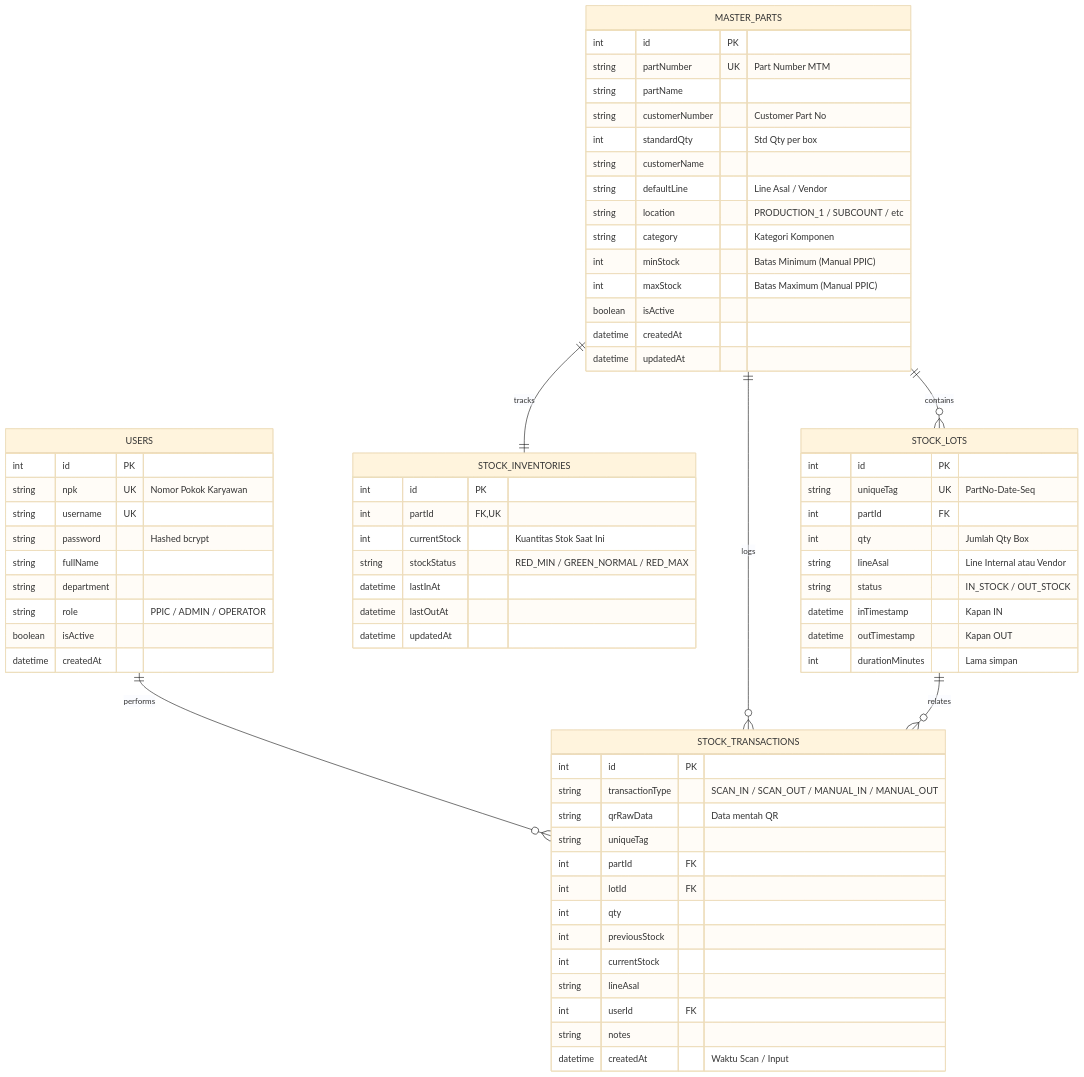
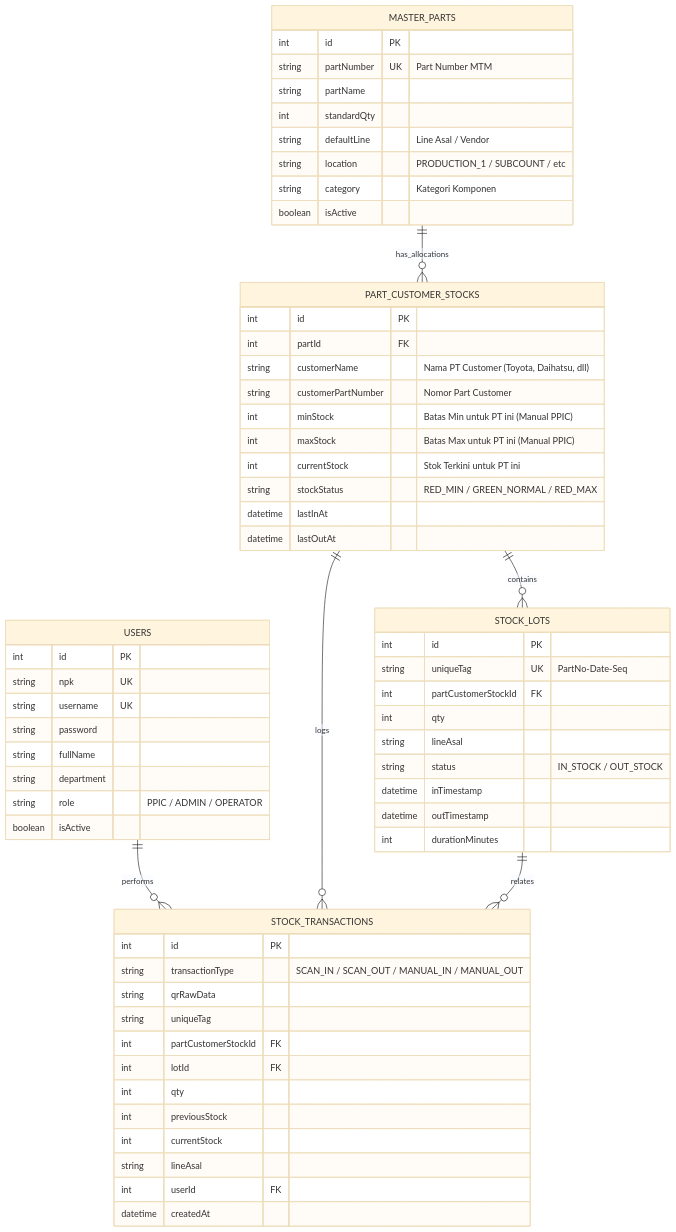
One commit to rickyalfnsptr-art/the-manajemen_produk changed the third of 3 diagrams in analisis.md. Above: the diagram before and after it, drawn with Mermaid (base theme). The commit also changed other lines of this file, not shown here.

````diff
--- a/analisis.md
+++ b/analisis.md
@@ -503,75 +298,70 @@
 ```mermaid
 erDiagram
     USERS ||--o{ STOCK_TRANSACTIONS : performs
-    MASTER_PARTS ||--|| STOCK_INVENTORIES : tracks
-    MASTER_PARTS ||--o{ STOCK_LOTS : contains
-    MASTER_PARTS ||--o{ STOCK_TRANSACTIONS : logs
+    MASTER_PARTS ||--o{ PART_CUSTOMER_STOCKS : has_allocations
+    PART_CUSTOMER_STOCKS ||--o{ STOCK_LOTS : contains
+    PART_CUSTOMER_STOCKS ||--o{ STOCK_TRANSACTIONS : logs
     STOCK_LOTS ||--o{ STOCK_TRANSACTIONS : relates
 
     USERS {
         int id PK
-        string npk UK "Nomor Pokok Karyawan"
+        string npk UK
         string username UK
-        string password "Hashed bcrypt"
+        string password
         string fullName
         string department
         string role "PPIC / ADMIN / OPERATOR"
         boolean isActive
-        datetime createdAt
     }
 
     MASTER_PARTS {
         int id PK
         string partNumber UK "Part Number MTM"
         string partName
-        string customerNumber "Customer Part No"
-        int standardQty "Std Qty per box"
-        string customerName
+        int standardQty
         string defaultLine "Line Asal / Vendor"
         string location "PRODUCTION_1 / SUBCOUNT / etc"
         string category "Kategori Komponen"
-        int minStock "Batas Minimum (Manual PPIC)"
-        int maxStock "Batas Maximum (Manual PPIC)"
         boolean isActive
-        datetime createdAt
-        datetime updatedAt
     }
 
-    STOCK_INVENTORIES {
+    PART_CUSTOMER_STOCKS {
         int id PK
-        int partId FK,UK
-        int currentStock "Kuantitas Stok Saat Ini"
+        int partId FK
+        string customerName "Nama PT Customer (Toyota, Daihatsu, dll)"
+        string customerPartNumber "Nomor Part Customer"
+        int minStock "Batas Min untuk PT ini (Manual PPIC)"
+        int maxStock "Batas Max untuk PT ini (Manual PPIC)"
+        int currentStock "Stok Terkini untuk PT ini"
         string stockStatus "RED_MIN / GREEN_NORMAL / RED_MAX"
         datetime lastInAt
         datetime lastOutAt
-        datetime updatedAt
     }
 
     STOCK_LOTS {
         int id PK
         string uniqueTag UK "PartNo-Date-Seq"
-        int partId FK
-        int qty "Jumlah Qty Box"
-        string lineAsal "Line Internal atau Vendor"
+        int partCustomerStockId FK
+        int qty
+        string lineAsal
         string status "IN_STOCK / OUT_STOCK"
-        datetime inTimestamp "Kapan IN"
-        datetime outTimestamp "Kapan OUT"
-        int durationMinutes "Lama simpan"
+        datetime inTimestamp
+        datetime outTimestamp
+        int durationMinutes
     }
 
     STOCK_TRANSACTIONS {
         int id PK
         string transactionType "SCAN_IN / SCAN_OUT / MANUAL_IN / MANUAL_OUT"
-        string qrRawData "Data mentah QR"
+        string qrRawData
         string uniqueTag
-        int partId FK
+        int partCustomerStockId FK
         int lotId FK
         int qty
         int previousStock
         int currentStock
         string lineAsal
         int userId FK
-        string notes
-        datetime createdAt "Waktu Scan / Input"
+        datetime createdAt
     }
 ```
````
